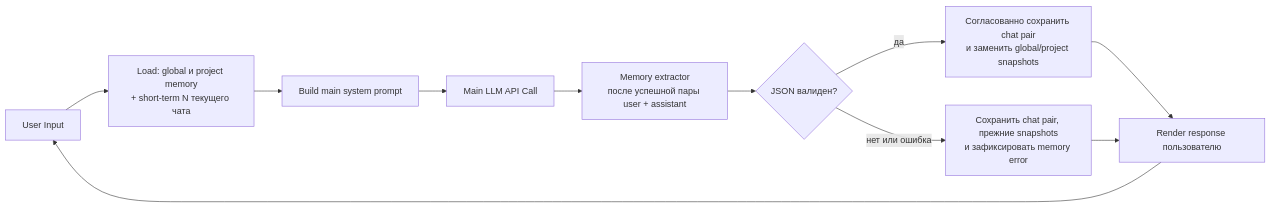
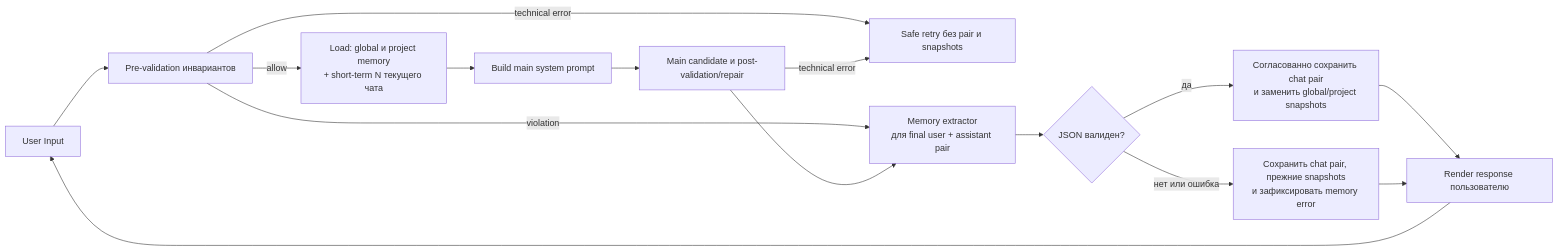
The diagram in .specs/memory-layers/SPEC.md (GMKornilov/AiExperiments), drawn with Mermaid before and after one commit. The commit also changed other lines of this file and 43 other files, not shown here.

````diff
--- a/.specs/memory-layers/SPEC.md
+++ b/.specs/memory-layers/SPEC.md
@@ -78,13 +88,17 @@
 ```mermaid
 flowchart LR
-    U[User Input] --> L[Load: global и project memory<br/>+ short-term N текущего чата]
+    U[User Input] --> I[Pre-validation инвариантов]
+    I -- allow --> L[Load: global и project memory<br/>+ short-term N текущего чата]
+    I -- technical error --> F[Safe retry без pair и snapshots]
     L --> P[Build main system prompt]
-    P --> C[Main LLM API Call]
-    C --> E[Memory extractor<br/>после успешной пары user + assistant]
+    P --> C[Main candidate и post-validation/repair]
+    I -- violation --> E[Memory extractor<br/>для final user + refusal pair]
+    C --> E[Memory extractor<br/>для final user + assistant pair]
+    C -- technical error --> F
     E --> V{JSON валиден?}
     V -- да --> S[Согласованно сохранить chat pair<br/>и заменить global/project snapshots]
     V -- нет или ошибка --> K[Сохранить chat pair, прежние snapshots<br/>и зафиксировать memory error]
     S --> R[Render response пользователю]
     K --> R
     R --> U
 ```
````
